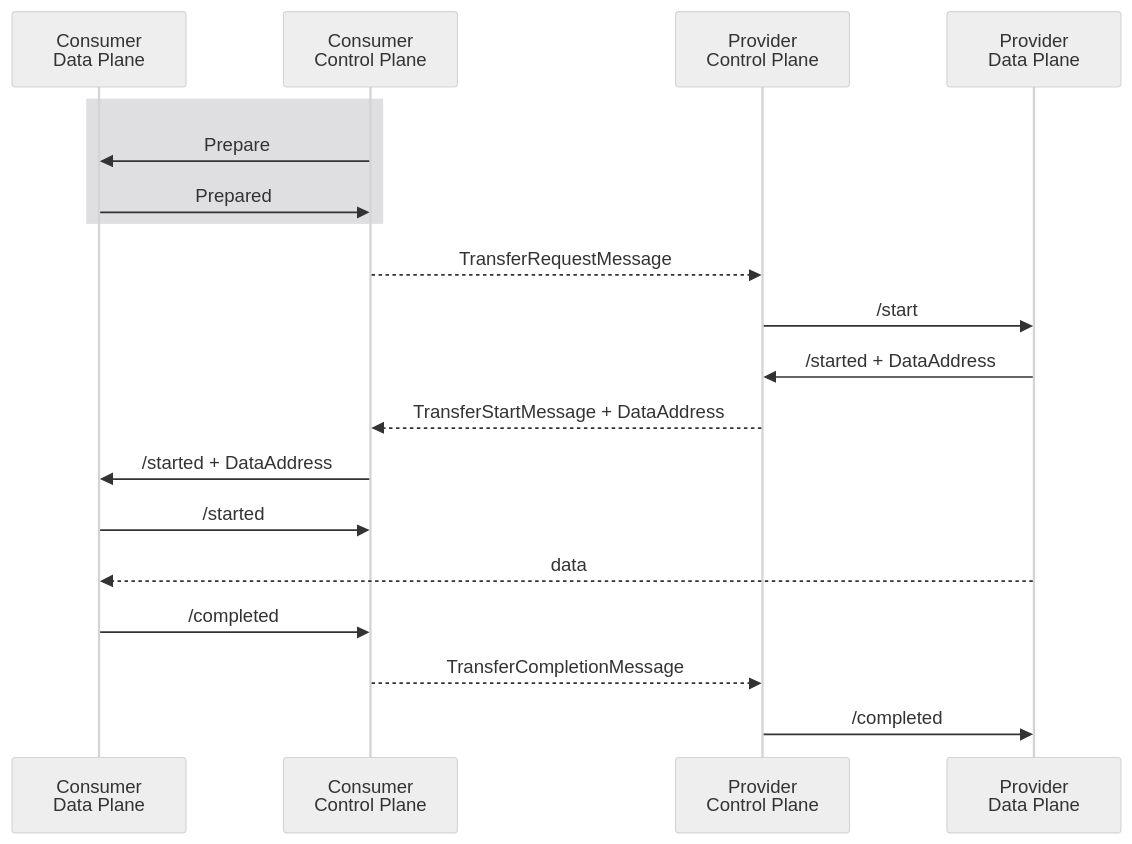
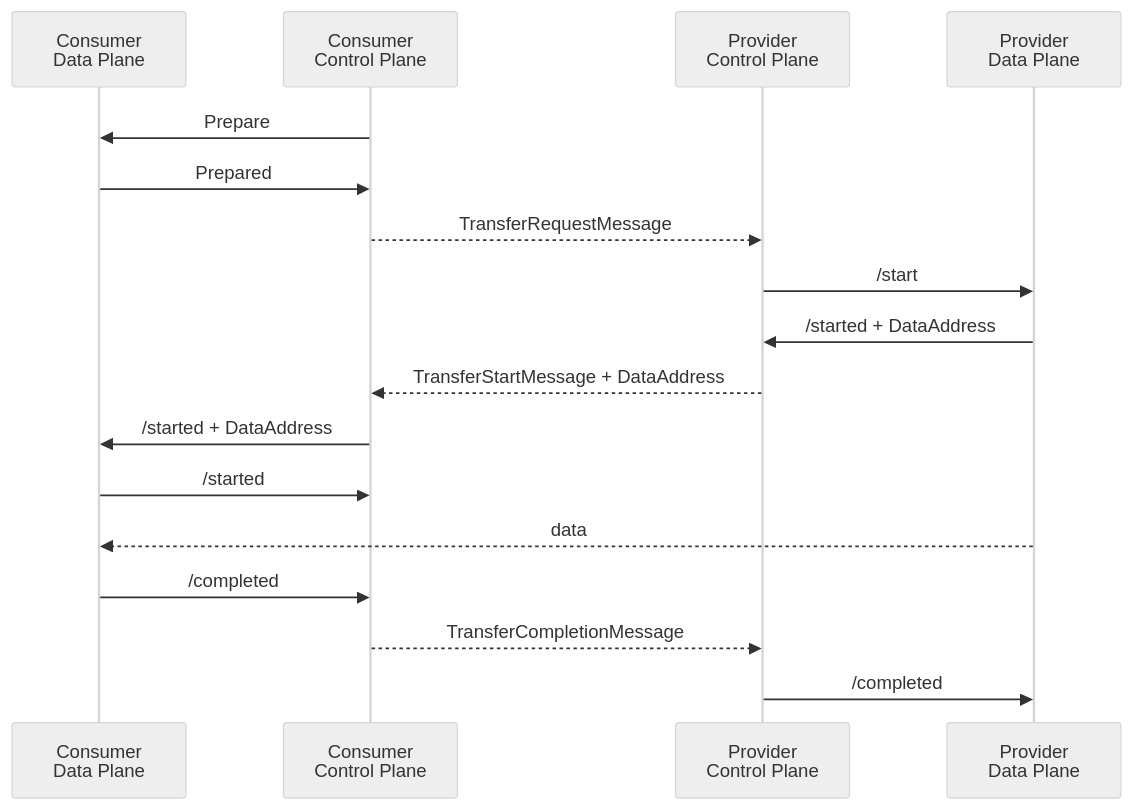
The fourth of 5 diagrams in docs/signaling.md (eclipse-dataplane-signaling/dataplane-signaling), drawn with Mermaid (neutral theme) before and after one commit. The commit also changed other lines of this file, not shown here.

````diff
--- a/docs/signaling.md
+++ b/docs/signaling.md
@@ -194,23 +194,21 @@
 ```mermaid
 sequenceDiagram
     participant cdp as Consumer<br/>Data Plane
     participant ccp as Consumer<br/>Control Plane
     participant pcp as Provider<br/>Control Plane
     participant pdp as Provider<br/>Data Plane
 
-    rect rgb(223, 223, 225)
-        ccp ->> cdp: Prepare
-        cdp ->> ccp: Prepared
-    end
+    ccp ->> cdp: Prepare
+    cdp ->> ccp: Prepared
 
     ccp -->> pcp: TransferRequestMessage
     pcp ->> pdp: /start
     pdp ->> pcp: /started + DataAddress
     pcp -->> ccp: TransferStartMessage + DataAddress
     ccp ->> cdp: /started + DataAddress
     cdp ->> ccp: /started
     pdp -->> cdp: data
     cdp ->> ccp: /completed
     ccp -->> pcp: TransferCompletionMessage
     pcp ->> pdp: /completed
 ```
````
